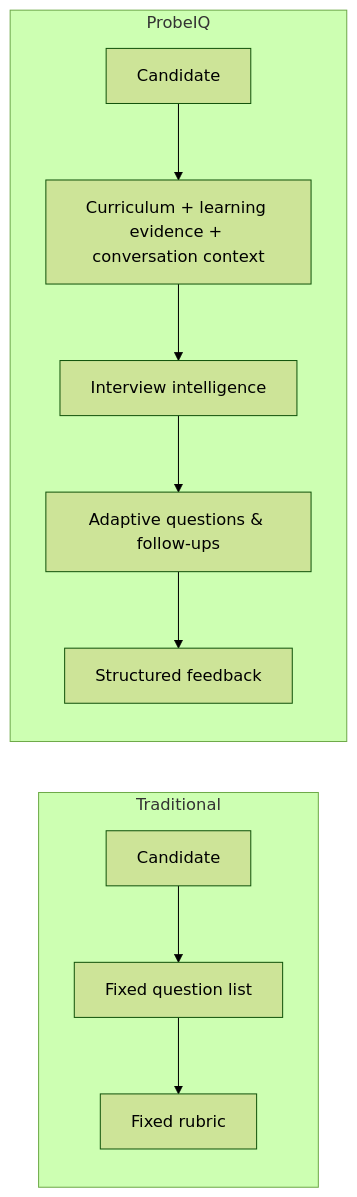
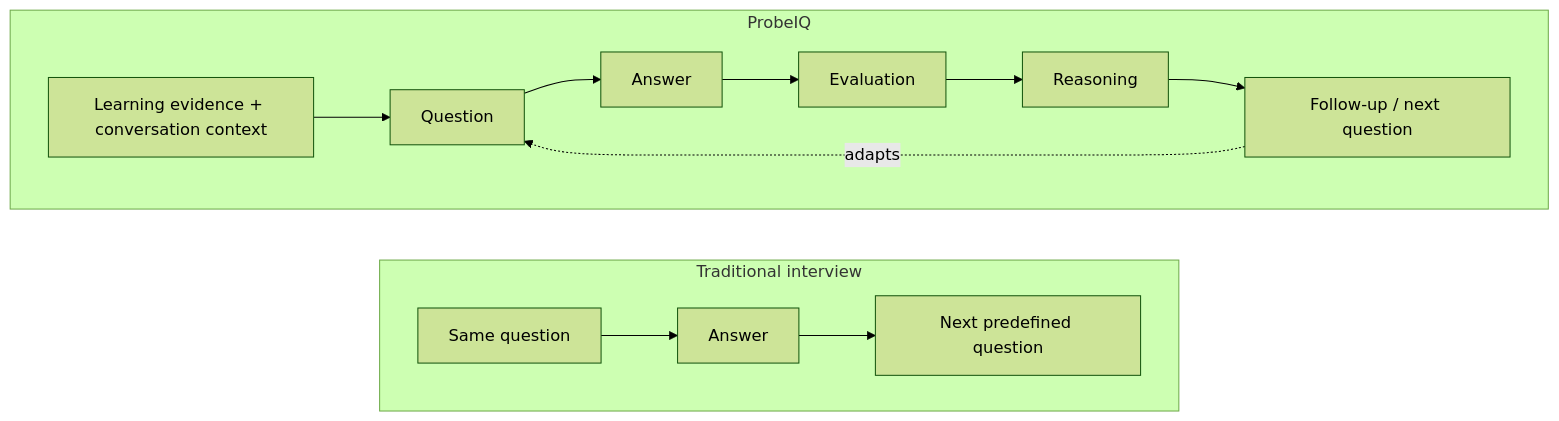
One commit to kartik00052/ProbeIQ changed the first of 5 diagrams in README.md. Above: the diagram before and after it, drawn with Mermaid (forest theme). The commit also changed other lines of this file, not shown here.

````diff
--- a/README.md
+++ b/README.md
@@ -78,12 +58,13 @@
 ```mermaid
 flowchart LR
-    subgraph Traditional
-        C1[Candidate] --> Q1[Fixed question list] --> E1[Fixed rubric]
+    subgraph Fixed["Traditional interview"]
+        direction LR
+        Q1[Same question] --> A1[Answer] --> N1[Next predefined question]
     end
-    subgraph ProbeIQ
-        C2[Candidate] --> P[Curriculum + learning evidence + conversation context]
-        P --> IN[Interview intelligence]
-        IN --> AQ[Adaptive questions & follow-ups]
-        AQ --> FB[Structured feedback]
+    subgraph Adaptive["ProbeIQ"]
+        direction LR
+        E[Learning evidence + conversation context] --> Q2[Question]
+        Q2 --> A2[Answer] --> V[Evaluation] --> D[Reasoning] --> N2[Follow-up / next question]
+        N2 -. adapts .-> Q2
     end
 ```
````
